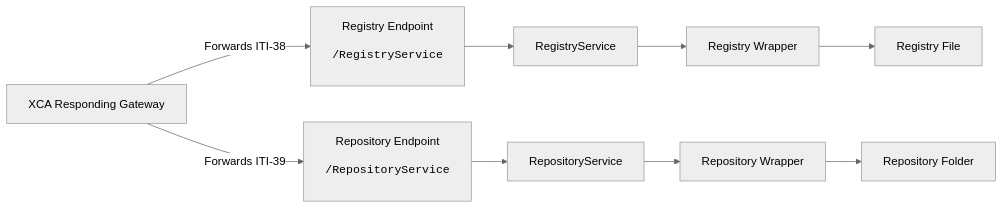
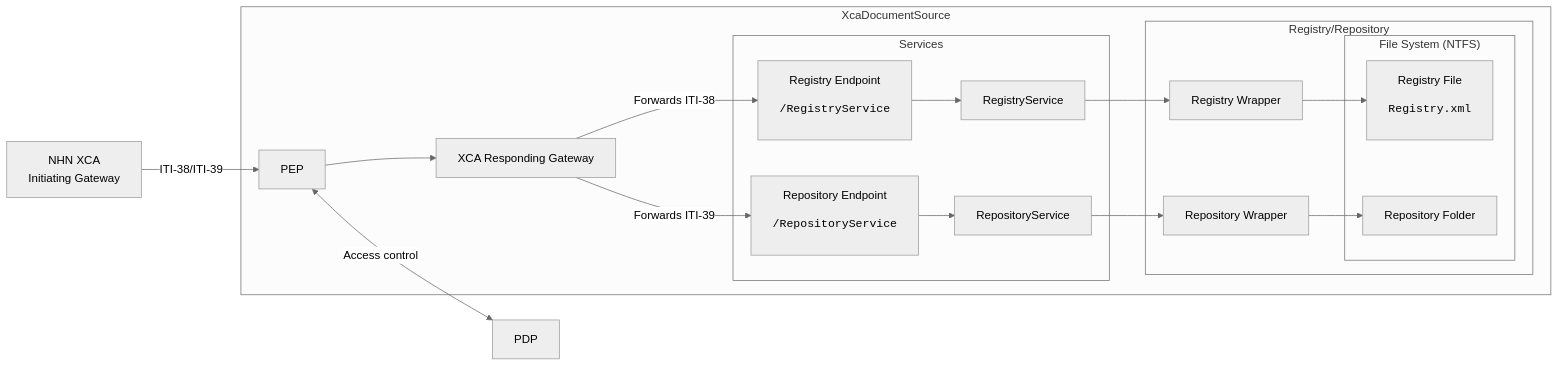
The first of 2 diagrams in Docs/TechnicalImplementation.md (timmo-nhn/XcaDocumentSource), drawn with Mermaid (neutral theme) before and after one commit. The commit also changed other lines of this file and 4 other files, not shown here.

````diff
--- a/Docs/TechnicalImplementation.md
+++ b/Docs/TechnicalImplementation.md
@@ -17,30 +22,42 @@
 ```mermaid
 flowchart LR
-xcares[XCA Responding Gateway]
 
-regep[Registry Endpoint<br><pre>/RegistryService</pre>]
-repep[Repository Endpoint<br><pre>/RepositoryService</pre>]
+nhnxca[NHN XCA <br> Initiating Gateway]
 
-regs[RegistryService]
-reps[RepositoryService]
+subgraph "XcaDocumentSource"
+    pep[PEP]
+    xcares[XCA Responding Gateway]
 
-regfile[Registry File]
-repfol[Repository Folder]
+    subgraph "Services"
+        regep[Registry Endpoint<br><pre>/RegistryService</pre>]
+        repep[Repository Endpoint<br><pre>/RepositoryService</pre>]
+        regs[RegistryService]
+        reps[RepositoryService]
+    end
 
-regw[Registry Wrapper]
-repw[Repository Wrapper]
+    subgraph "Registry/Repository"
+        regw[Registry Wrapper]
+        repw[Repository Wrapper]
+        subgraph "File System (NTFS)"
+            regfile[Registry File<br><pre>Registry.xml</pre>]
+            repfol[Repository Folder]
+        end
+    end
+end
+nhnxca--ITI-38/ITI-39-->pep
+
+pep-->xcares
+pep<--Access control-->PDP
 
 xcares --Forwards ITI-38--> regep
 xcares --Forwards ITI-39--> repep
 
 regep --> regs
 repep --> reps
 
 regs --> regw
 reps --> repw
 
 regw-->regfile
 repw-->repfol
-
-
 ```
````
